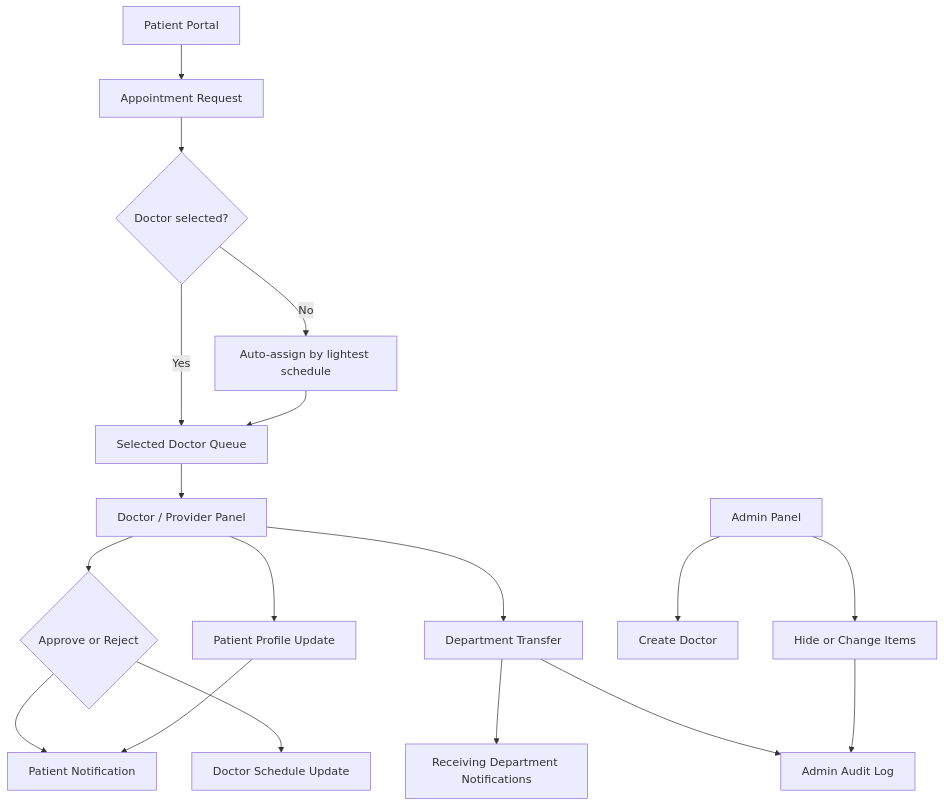
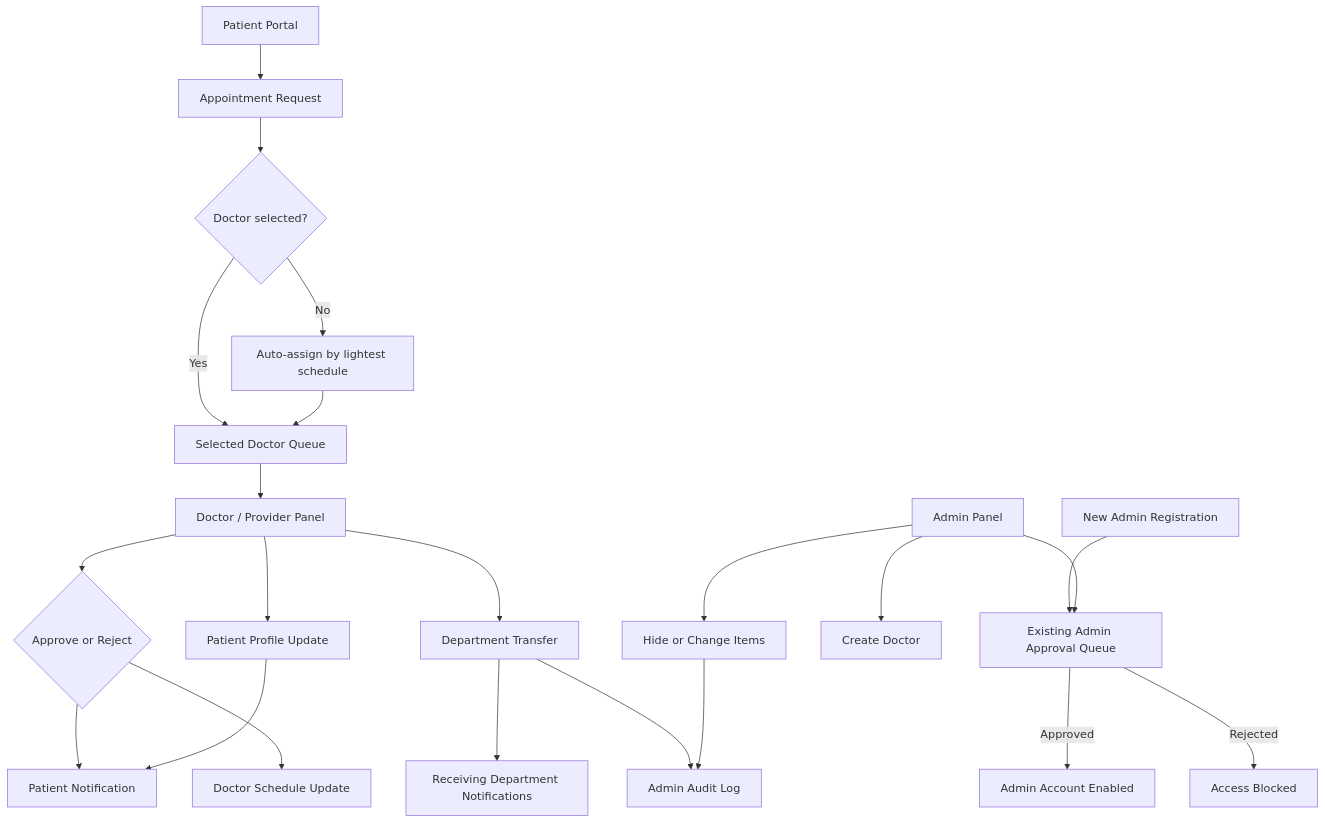
The first of 2 diagrams in docs/WORKFLOW_AND_GAPS.md (Dhruv1227/patientProfile), drawn with Mermaid before and after one commit. The commit also changed other lines of this file and 17 other files, not shown here.

````diff
--- a/docs/WORKFLOW_AND_GAPS.md
+++ b/docs/WORKFLOW_AND_GAPS.md
@@ -13,20 +13,24 @@
 ```mermaid
 flowchart TD
   Patient[Patient Portal] --> Request[Appointment Request]
   Request --> Assignment{Doctor selected?}
   Assignment -->|Yes| SelectedDoctor[Selected Doctor Queue]
   Assignment -->|No| AutoAssign[Auto-assign by lightest schedule]
   AutoAssign --> SelectedDoctor
   SelectedDoctor --> Provider[Doctor / Provider Panel]
   Provider --> Decision{Approve or Reject}
   Decision --> PatientNotification[Patient Notification]
   Decision --> ScheduleUpdate[Doctor Schedule Update]
   Provider --> ProfileUpdate[Patient Profile Update]
   ProfileUpdate --> PatientNotification
   Provider --> Transfer[Department Transfer]
   Transfer --> ReceivingDoctors[Receiving Department Notifications]
   Transfer --> AdminAudit[Admin Audit Log]
+  NewAdmin[New Admin Registration] --> AdminApproval[Existing Admin Approval Queue]
+  AdminApproval -->|Approved| AdminAccount[Admin Account Enabled]
+  AdminApproval -->|Rejected| Blocked[Access Blocked]
   Admin[Admin Panel] --> DoctorCreate[Create Doctor]
+  Admin --> AdminApproval
   Admin --> HideChange[Hide or Change Items]
   HideChange --> AdminAudit
 ```
````
